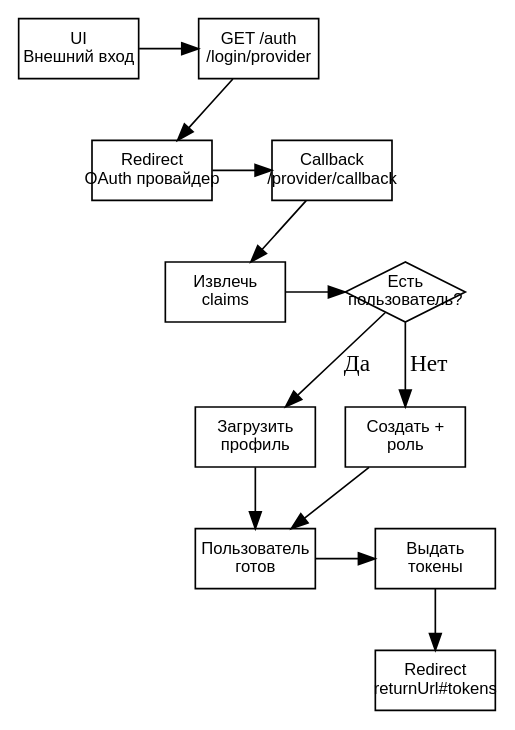
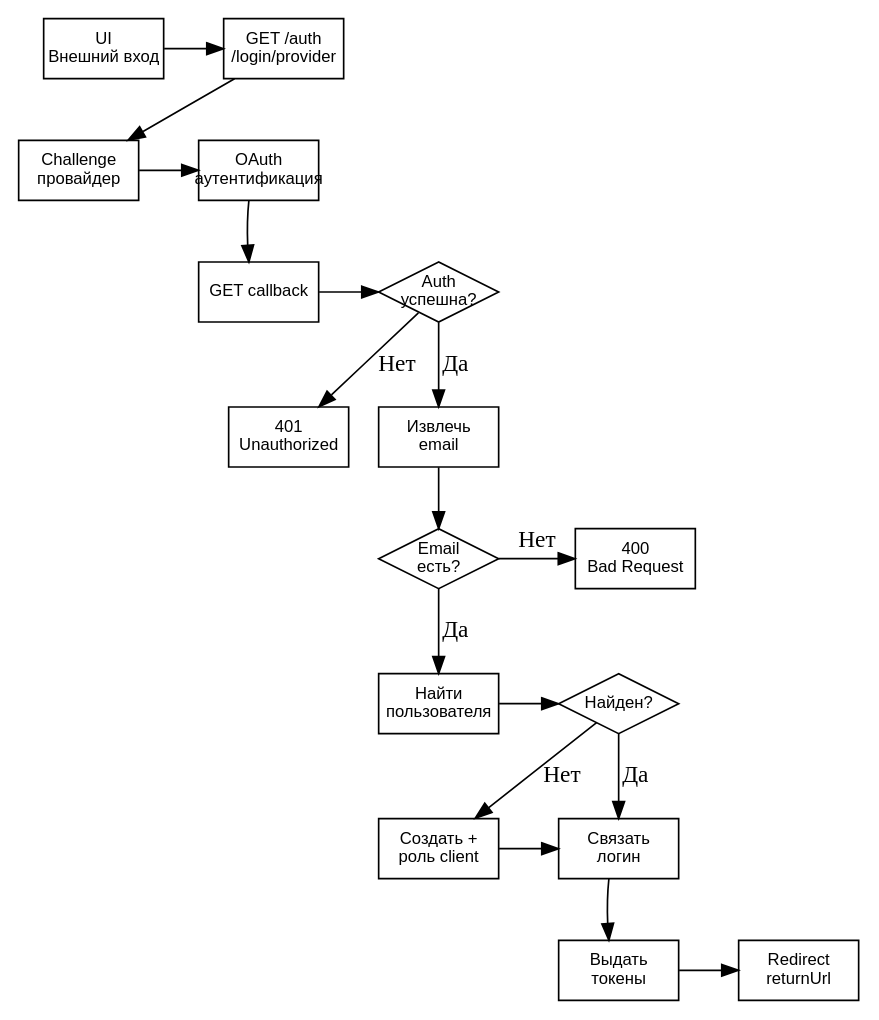
The diagram in diagrams/flowchart/oauth/block-auth-gost-oauth.dot (OnlyUp2219/TimeCafe), drawn with Graphviz before and after one commit. The commit also changed 9 other files, not shown here.

Commit message:
refactor: изменить диаграммы в соответствие с кодом, исправить уязвимость provider aouth

```diff
--- a/diagrams/flowchart/oauth/block-auth-gost-oauth.dot
+++ b/diagrams/flowchart/oauth/block-auth-gost-oauth.dot
@@ -1,38 +1,54 @@
 digraph external_oauth_flow {
   rankdir=TB;
   node [shape=rectangle, width=1, height=0.5, fixedsize=true, fontname="GOST Type A,Arial", fontsize=10];
   /* Узлы */
-  UI     [label="UI\nВнешний вход"];
-  START  [label="GET /auth\n/login/provider"];
-  REDIR  [label="Redirect\nOAuth провайдер"];
-  CB     [label="Callback\n/provider/callback"];
-  CLAIMS [label="Извлечь\nclaims"];
-  DECUSR [shape=diamond, label="Есть\nпользователь?"];
-  CREATE [label="Создать +\nроль"];
-  LOAD   [label="Загрузить\nпрофиль"];
-  READY  [label="Пользователь\nготов"];
-  TOKENS [label="Выдать\nтокены"];
-  RET    [label="Redirect\nreturnUrl#tokens"];
+  UI      [label="UI\nВнешний вход"];
+  REDIR   [label="GET /auth\n/login/provider"];
+  CHLNG   [label="Challenge\nпровайдер"];
+  AUTH    [label="OAuth\nаутентификация"];
+  CB      [label="GET callback"];
+  CHK     [shape=diamond, label="Auth\nуспешна?"];
+  ERR401  [label="401\nUnauthorized"];
+  EMAIL   [label="Извлечь\nemail"];
+  CHKEML  [shape=diamond, label="Email\nесть?"];
+  ERRBAD  [label="400\nBad Request"];
+  FIND    [label="Найти\nпользователя"];
+  CHKUSR  [shape=diamond, label="Найден?"];
+  CREATE  [label="Создать +\nроль client"];
+  LINK    [label="Связать\nлогин"];
+  TOKENS  [label="Выдать\nтокены"];
+  RETRN   [label="Redirect\nreturnUrl"];
 
   /* Ряды для змейки */
-  { rank=same; UI; START }
-  { rank=same; REDIR; CB }
-  { rank=same; CLAIMS; DECUSR }
-  { rank=same; CREATE; LOAD }
-  { rank=same; READY; TOKENS }
-  { rank=same; RET }
+  { rank=same; UI; REDIR }
+  { rank=same; CHLNG; AUTH }
+  { rank=same; CB; CHK }
+  { rank=same; ERR401; EMAIL }
+  { rank=same; CHKEML; ERRBAD }
+  { rank=same; FIND; CHKUSR }
+  { rank=same; CREATE; LINK }
+  { rank=same; TOKENS; RETRN }
 
   /* Поток */
-  UI -> START -> REDIR -> CB -> CLAIMS -> DECUSR;
-  DECUSR -> CREATE [label="Нет"];
-  DECUSR -> LOAD   [label="Да"];
-  CREATE -> READY;
-  LOAD -> READY;
-  READY -> TOKENS -> RET;
+  UI -> REDIR -> CHLNG -> AUTH -> CB -> CHK;
+  CHK -> ERR401 [label="Нет"];
+  CHK -> EMAIL [label="Да"];
+  EMAIL -> CHKEML;
+  CHKEML -> ERRBAD [label="Нет"];
+  CHKEML -> FIND [label="Да"];
+  FIND -> CHKUSR;
+  CHKUSR -> CREATE [label="Нет"];
+  CHKUSR -> LINK [label="Да"];
+  CREATE -> LINK;
+  LINK -> TOKENS -> RETRN;
 
-  /* Невидимые связи для контроля положения (формирование змейки) */
-  START -> CB [style=invis, weight=1];
-  CB -> DECUSR [style=invis, weight=1];
-  CLAIMS -> LOAD [style=invis, weight=1];
-  LOAD -> TOKENS [style=invis, weight=1];
+  /* Невидимые связи для змейки */
+  REDIR -> CB [style=invis, weight=1];
+  AUTH -> CB [style=invis, weight=1];
+  CHK -> CHKEML [style=invis, weight=1];
+  ERR401 -> CHKEML [style=invis, weight=1];
+  CHKEML -> CHKUSR [style=invis, weight=1];
+  ERRBAD -> CHKUSR [style=invis, weight=1];
+  CHKUSR -> TOKENS [style=invis, weight=1];
+  LINK -> TOKENS [style=invis, weight=1];
 }
```
